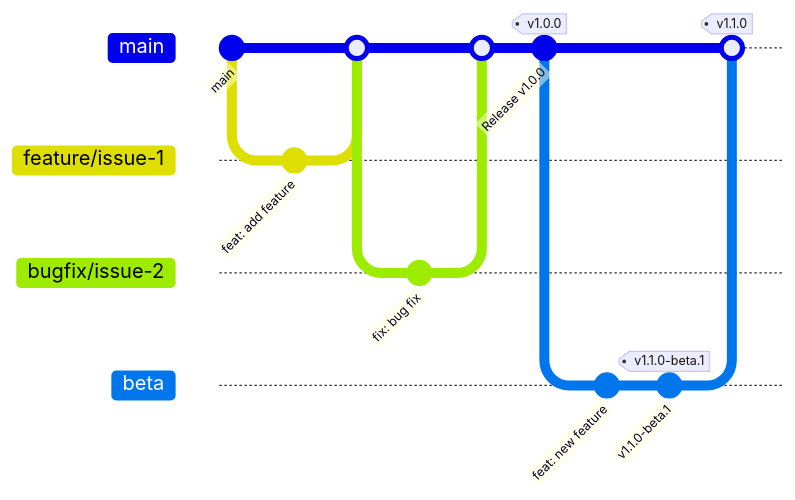
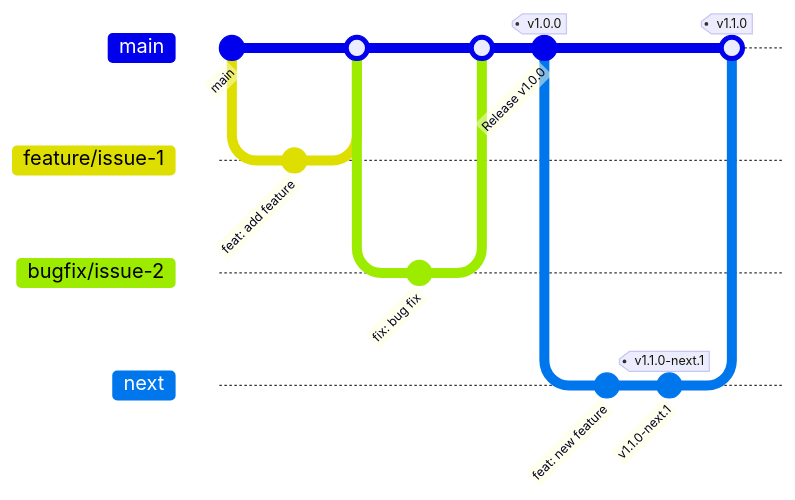
One commit to adrian-d-hidalgo/nestjs-mcp-server changed the diagram in .handbook/GIT_GUIDELINES.md. Above: the diagram before and after it, drawn with Mermaid. The commit also changed other lines of this file and 6 other files, not shown here.

````diff
--- a/.handbook/GIT_GUIDELINES.md
+++ b/.handbook/GIT_GUIDELINES.md
@@ -43,18 +41,18 @@
 ```mermaid
 gitGraph
    commit id: "main"
    branch feature/issue-1
    commit id: "feat: add feature"
    checkout main
    merge feature/issue-1
    branch bugfix/issue-2
    commit id: "fix: bug fix"
    checkout main
    merge bugfix/issue-2
    commit id: "Release v1.0.0" tag: "v1.0.0"
-   branch beta
+   branch next
    commit id: "feat: new feature"
-   commit id: "v1.1.0-beta.1" tag: "v1.1.0-beta.1"
+   commit id: "v1.1.0-next.1" tag: "v1.1.0-next.1"
    checkout main
-   merge beta tag: "v1.1.0"
+   merge next tag: "v1.1.0"
 ```
````
